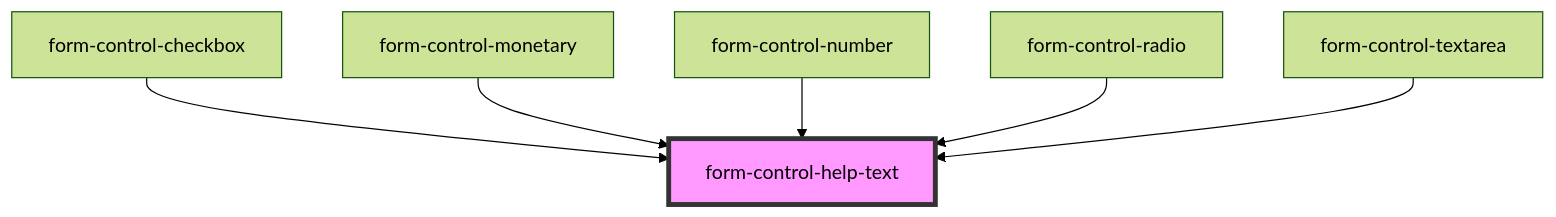
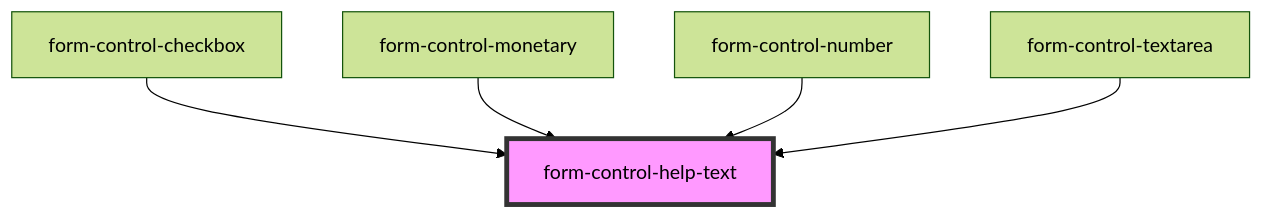
Before and after one commit to justifi-tech/web-component-library: the diagram in packages/webcomponents/src/ui-components/form/form-helpers/form-control-help-text/readme.md, drawn with Mermaid (forest theme). The commit also changed other lines of this file and 3 other files, not shown here.

````diff
--- a/packages/webcomponents/src/ui-components/form/form-helpers/form-control-help-text/readme.md
+++ b/packages/webcomponents/src/ui-components/form/form-helpers/form-control-help-text/readme.md
@@ -27,9 +26,8 @@
 ```mermaid
 graph TD;
   form-control-checkbox --> form-control-help-text
   form-control-monetary --> form-control-help-text
   form-control-number --> form-control-help-text
-  form-control-radio --> form-control-help-text
   form-control-textarea --> form-control-help-text
   style form-control-help-text fill:#f9f,stroke:#333,stroke-width:4px
 ```
````
